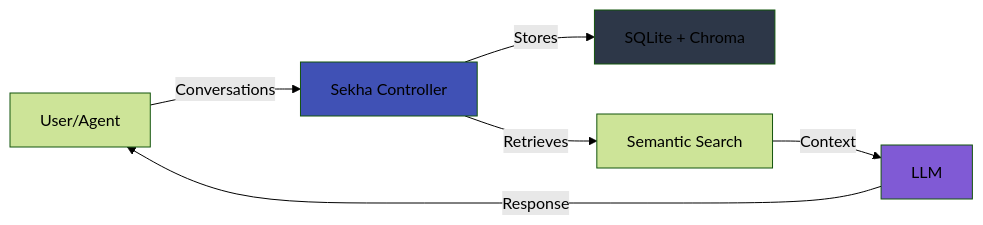
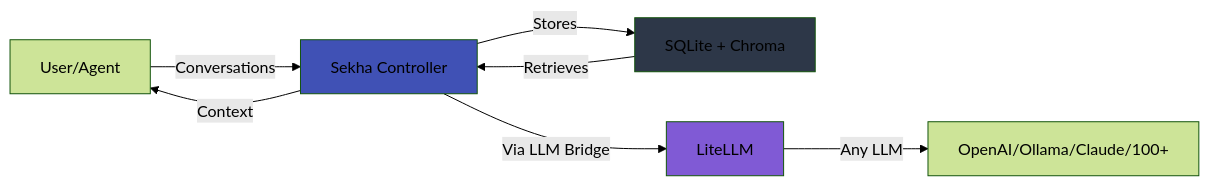
The diagram in docs/index.md (sekha-ai/sekha-website), drawn with Mermaid (forest theme) before and after one commit. The commit also changed other lines of this file, not shown here.

````diff
--- a/docs/index.md
+++ b/docs/index.md
@@ -69,12 +69,13 @@
 ```mermaid
 graph LR
     A[User/Agent] -->|Conversations| B[Sekha Controller]
     B -->|Stores| C[SQLite + Chroma]
-    B -->|Retrieves| D[Semantic Search]
-    D -->|Context| E[LLM]
-    E -->|Response| A
+    B -->|Via LLM Bridge| D[LiteLLM]
+    D -->|Any LLM| E[OpenAI/Ollama/Claude/100+]
+    C -->|Retrieves| B
+    B -->|Context| A
     
     style B fill:#4051b5
     style C fill:#2d3748
-    style E fill:#805ad5
+    style D fill:#805ad5
 ```
````
